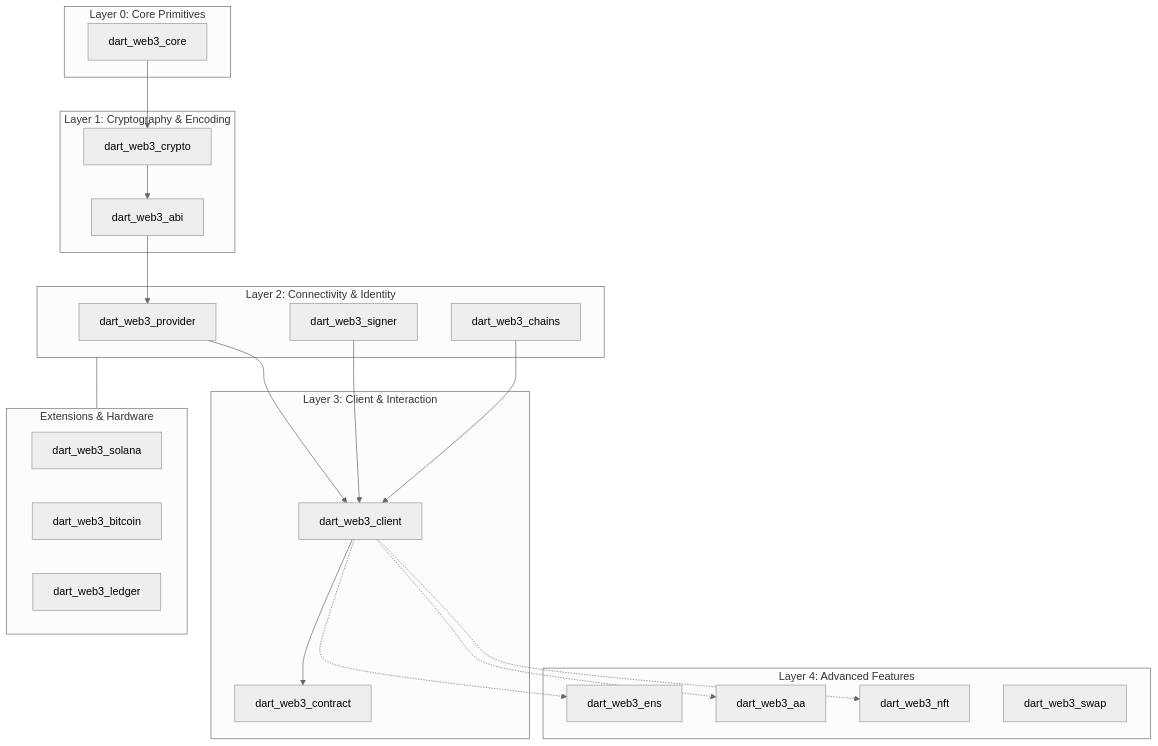
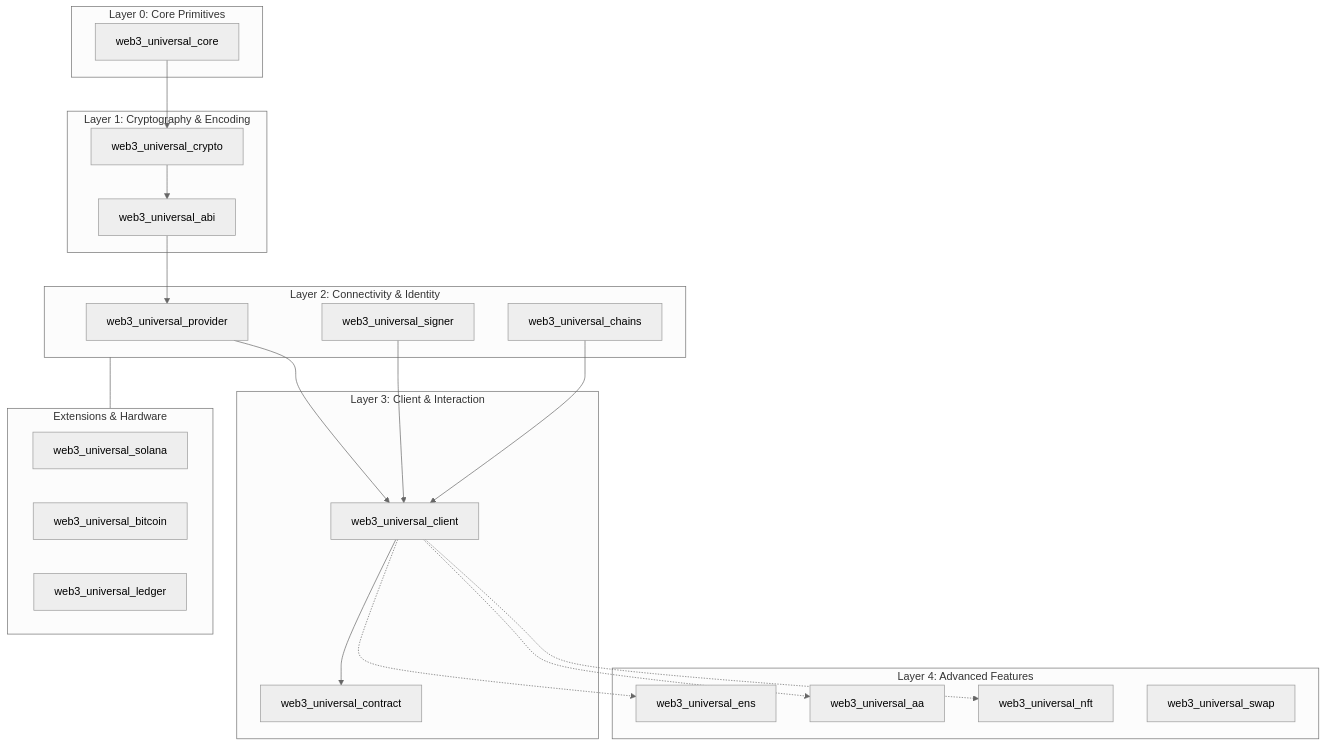
The second of 2 diagrams in dart_web3/README.md (ImL1s/dart_web3), drawn with Mermaid (neutral theme) before and after one commit. The commit also changed other lines of this file and 40 other files, not shown here.

````diff
--- a/dart_web3/README.md
+++ b/dart_web3/README.md
@@ -99,49 +97,49 @@
 ```mermaid
 graph TD
     subgraph L0 [Layer 0: Core Primitives]
-        Core[dart_web3_core]
+        Core[web3_universal_core]
     end
 
     subgraph L1 [Layer 1: Cryptography & Encoding]
-        Crypto[dart_web3_crypto]
-        ABI[dart_web3_abi]
+        Crypto[web3_universal_crypto]
+        ABI[web3_universal_abi]
     end
 
     subgraph L2 [Layer 2: Connectivity & Identity]
-        Provider[dart_web3_provider]
-        Signer[dart_web3_signer]
-        Chains[dart_web3_chains]
+        Provider[web3_universal_provider]
+        Signer[web3_universal_signer]
+        Chains[web3_universal_chains]
     end
 
     subgraph L3 [Layer 3: Client & Interaction]
-        Client[dart_web3_client]
-        Contract[dart_web3_contract]
+        Client[web3_universal_client]
+        Contract[web3_universal_contract]
     end
 
     subgraph L4 [Layer 4: Advanced Features]
-        ENS[dart_web3_ens]
-        AA[dart_web3_aa]
-        NFT[dart_web3_nft]
-        Swap[dart_web3_swap]
+        ENS[web3_universal_ens]
+        AA[web3_universal_aa]
+        NFT[web3_universal_nft]
+        Swap[web3_universal_swap]
     end
 
     subgraph Ext [Extensions & Hardware]
-        Solana[dart_web3_solana]
-        Bitcoin[dart_web3_bitcoin]
-        Ledger[dart_web3_ledger]
+        Solana[web3_universal_solana]
+        Bitcoin[web3_universal_bitcoin]
+        Ledger[web3_universal_ledger]
     end
 
     Core --> Crypto
     Crypto --> ABI
     ABI --> Provider
     Provider --> Client
     Signer --> Client
     Chains --> Client
     Client --> Contract
     
     Client -.-> ENS
     Client -.-> AA
     Client -.-> NFT
     
     L2 --- Ext
 ```
````
